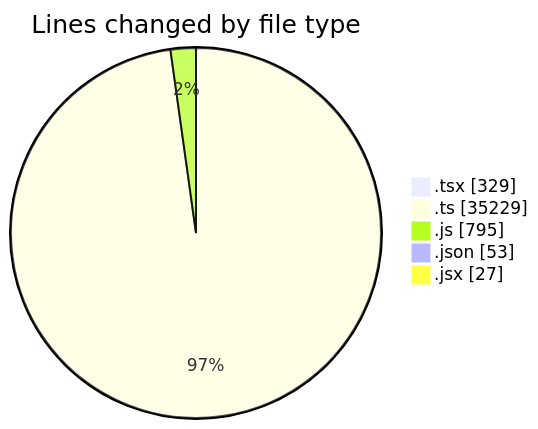
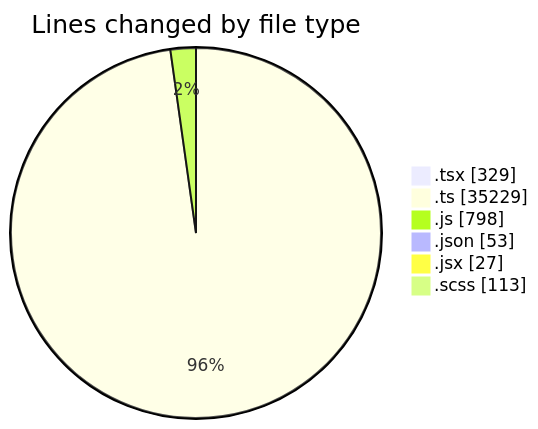
One commit to momahboobian/code-tracking changed the first of 2 diagrams in 2025-12-17/cda/README.md. Above: the diagram before and after it, drawn with Mermaid. The commit also changed other lines of this file and 1 other file, not shown here.

````diff
--- a/2025-12-17/cda/README.md
+++ b/2025-12-17/cda/README.md
@@ -41,9 +43,10 @@
 ```mermaid
 pie showData
 title Lines changed by file type
 ".tsx" : 329
 ".ts" : 35229
-".js" : 795
+".js" : 798
 ".json" : 53
 ".jsx" : 27
+".scss" : 113
 ```
````
